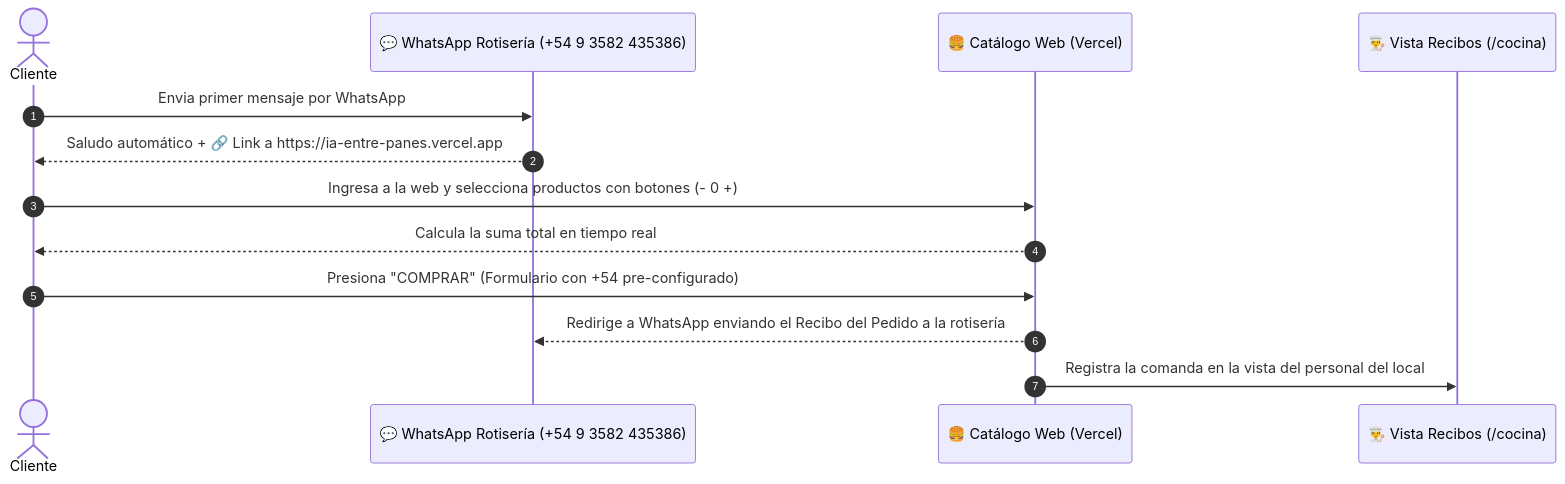
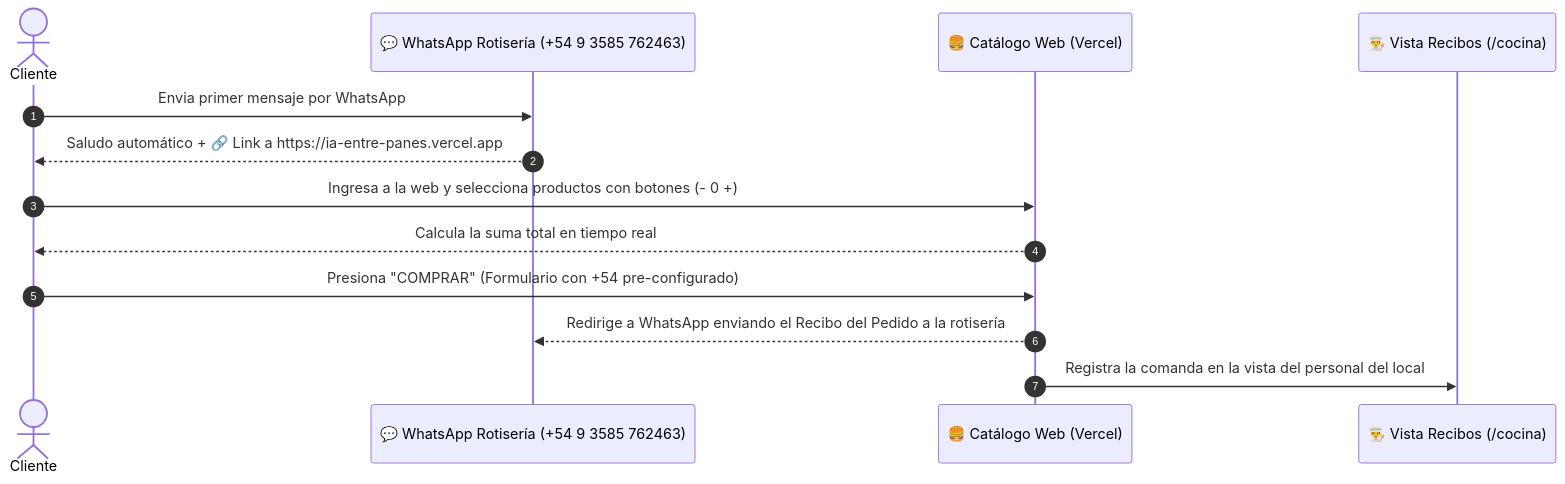
One commit to naahuel2558/Proyecto-catalogo-automatizado changed the diagram in README.md. Above: the diagram before and after it, drawn with Mermaid. The commit also changed other lines of this file and 23 other files, not shown here.

Commit message:
Implement delivery/pickup logic, add WhatsApp cooldown, and fix connection errors

````diff
--- a/README.md
+++ b/README.md
@@ -18,16 +18,16 @@
 ```mermaid
 sequenceDiagram
     autonumber
     actor Cliente
-    participant WA as 💬 WhatsApp Rotisería (+54 9 3582 435386)
+    participant WA as 💬 WhatsApp Rotisería (+54 9 3585 762463)
     participant Web as 🍔 Catálogo Web (Vercel)
     participant Cocina as 👨‍🍳 Vista Recibos (/cocina)
 
     Cliente->>WA: Envia primer mensaje por WhatsApp
     WA-->>Cliente: Saludo automático + 🔗 Link a https://ia-entre-panes.vercel.app
     Cliente->>Web: Ingresa a la web y selecciona productos con botones (- 0 +)
     Web-->>Cliente: Calcula la suma total en tiempo real
     Cliente->>Web: Presiona "COMPRAR" (Formulario con +54 pre-configurado)
     Web-->>WA: Redirige a WhatsApp enviando el Recibo del Pedido a la rotisería
     Web->>Cocina: Registra la comanda en la vista del personal del local
 ```
````
